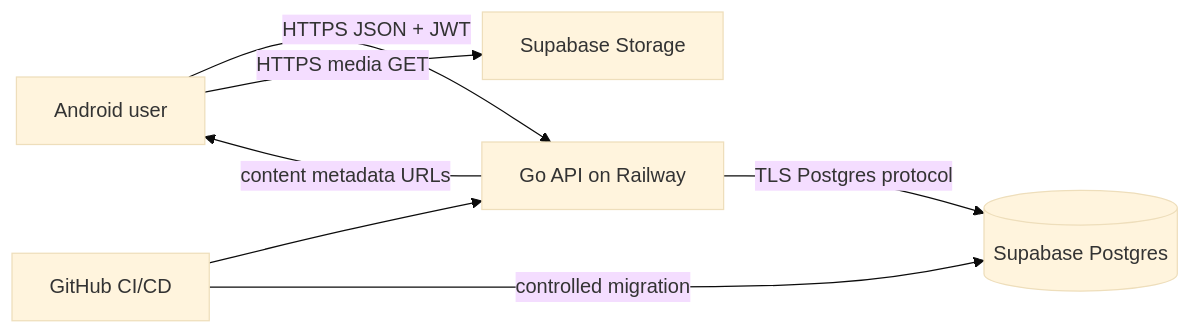
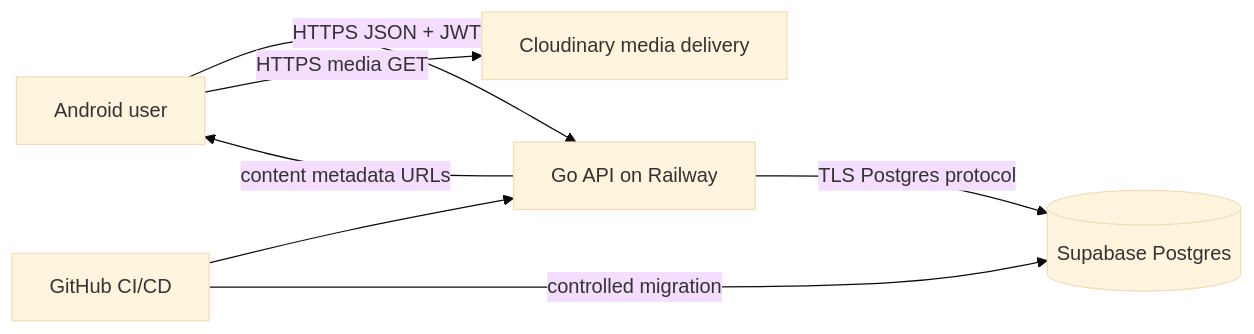
Before and after one commit to vgpl2000/Sitaara: the first of 4 diagrams in docs/07-system-architecture.md, drawn with Mermaid (base theme). The commit also changed other lines of this file and 14 other files, not shown here.

Commit message:
Cloudinary instead of Supabase storage

````diff
--- a/docs/07-system-architecture.md
+++ b/docs/07-system-architecture.md
@@ -8,9 +8,9 @@
 ```mermaid
 flowchart LR
     Reviewer[Android user] -->|HTTPS JSON + JWT| API[Go API on Railway]
     API -->|TLS Postgres protocol| DB[(Supabase Postgres)]
-    Reviewer -->|HTTPS media GET| Storage[Supabase Storage]
+    Reviewer -->|HTTPS media GET| Storage[Cloudinary media delivery]
     API -->|content metadata URLs| Reviewer
     CI[GitHub CI/CD] --> API
     CI -->|controlled migration| DB
 ```
````
